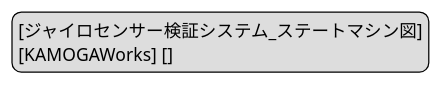
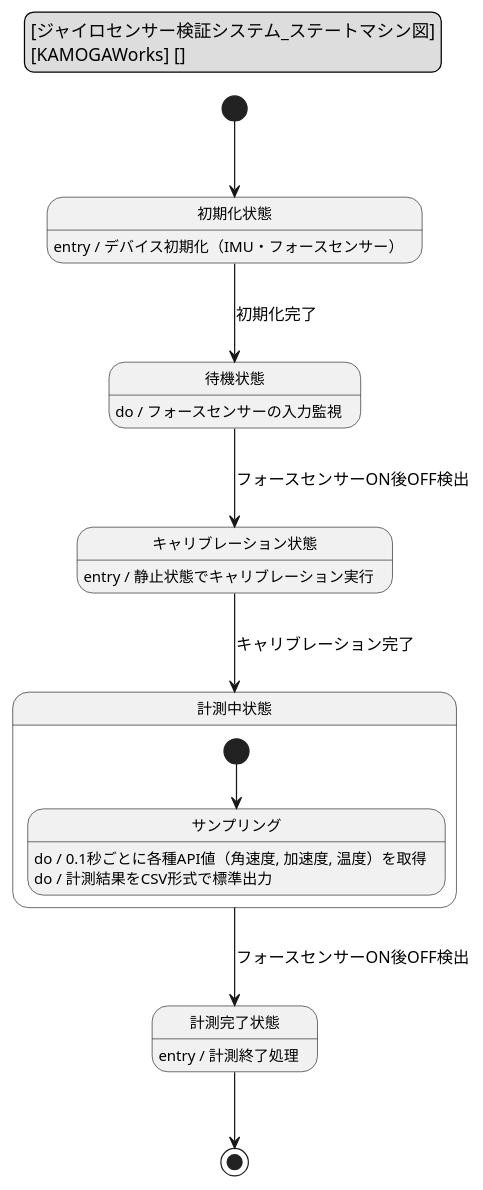
Before and after one commit to Matsuno0412/Gyro-sensor-System: the diagram in ジャイロセンサー検証システム_ステートマシン図.puml, drawn with PlantUML. The commit also changed 7 other files, not shown here.

```diff
--- a/ジャイロセンサー検証システム_ステートマシン図.puml
+++ b/ジャイロセンサー検証システム_ステートマシン図.puml
@@ -1,12 +1,46 @@
 @startuml ジャイロセンサー検証システム_ステートマシン図
 
 skinparam ActivityDiamondFontSize 12
 skinparam ActivityFontSize 12
 skinparam StateFontSize 12
 
 legend top
 [ジャイロセンサー検証システム_ステートマシン図]
 [KAMOGAWorks] []
 endlegend
 
+[*] --> 初期化状態
+
+state 初期化状態
+初期化状態 : entry / デバイス初期化（IMU・フォースセンサー）
+
+初期化状態 --> 待機状態 : 初期化完了
+
+state 待機状態
+待機状態 : do / フォースセンサーの入力監視
+
+待機状態 --> キャリブレーション状態 : フォースセンサーON後OFF検出
+
+state キャリブレーション状態
+キャリブレーション状態 : entry / 静止状態でキャリブレーション実行
+
+キャリブレーション状態 --> 計測中状態 : キャリブレーション完了
+
+state 計測中状態 {
+
+    [*] --> サンプリング
+
+    state サンプリング
+    サンプリング : do / 0.1秒ごとに各種API値（角速度, 加速度, 温度）を取得
+    サンプリング : do / 計測結果をCSV形式で標準出力
+
+}
+
+計測中状態 --> 計測完了状態 : フォースセンサーON後OFF検出
+
+state 計測完了状態
+計測完了状態 : entry / 計測終了処理
+
+計測完了状態 --> [*]
+
 @enduml
```
